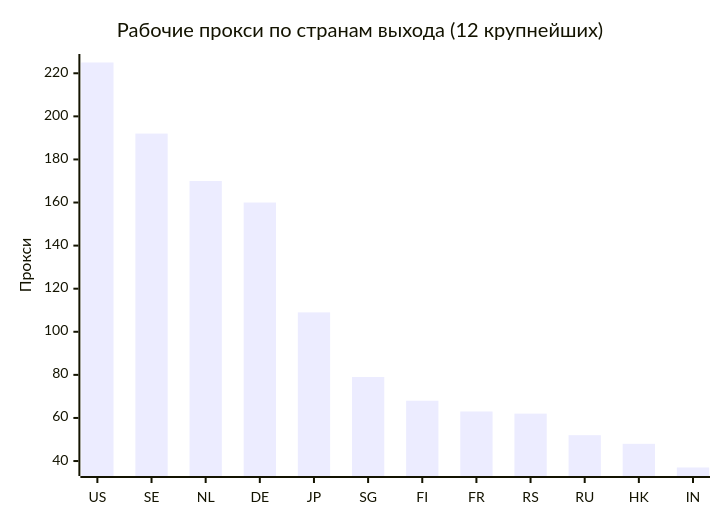
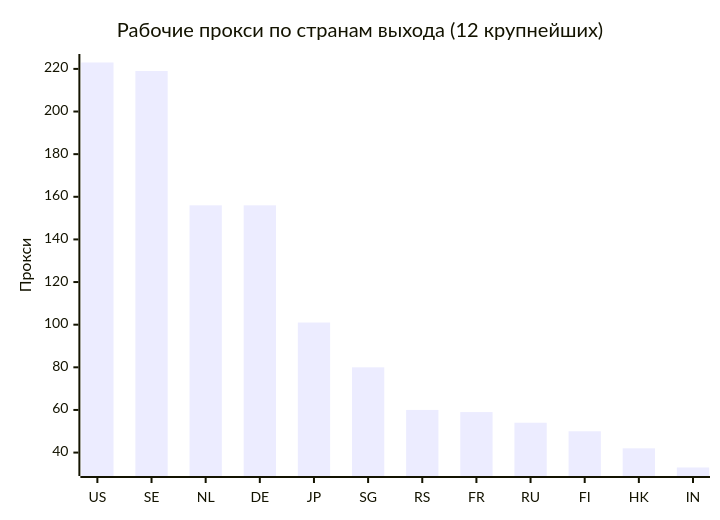
The second of 4 diagrams in README.md (rvvg/proxy-subs), drawn with Mermaid before and after one commit. The commit also changed other lines of this file and 49 other files, not shown here.

````diff
--- a/README.md
+++ b/README.md
@@ -132,7 +132,7 @@
 ```mermaid
 xychart-beta
     title "Рабочие прокси по странам выхода (12 крупнейших)"
-    x-axis ["US", "SE", "NL", "DE", "JP", "SG", "FI", "FR", "RS", "RU", "HK", "IN"]
+    x-axis ["US", "SE", "NL", "DE", "JP", "SG", "RS", "FR", "RU", "FI", "HK", "IN"]
     y-axis "Прокси"
-    bar [225, 192, 170, 160, 109, 79, 68, 63, 62, 52, 48, 37]
+    bar [223, 219, 156, 156, 101, 80, 60, 59, 54, 50, 42, 33]
 ```
````
